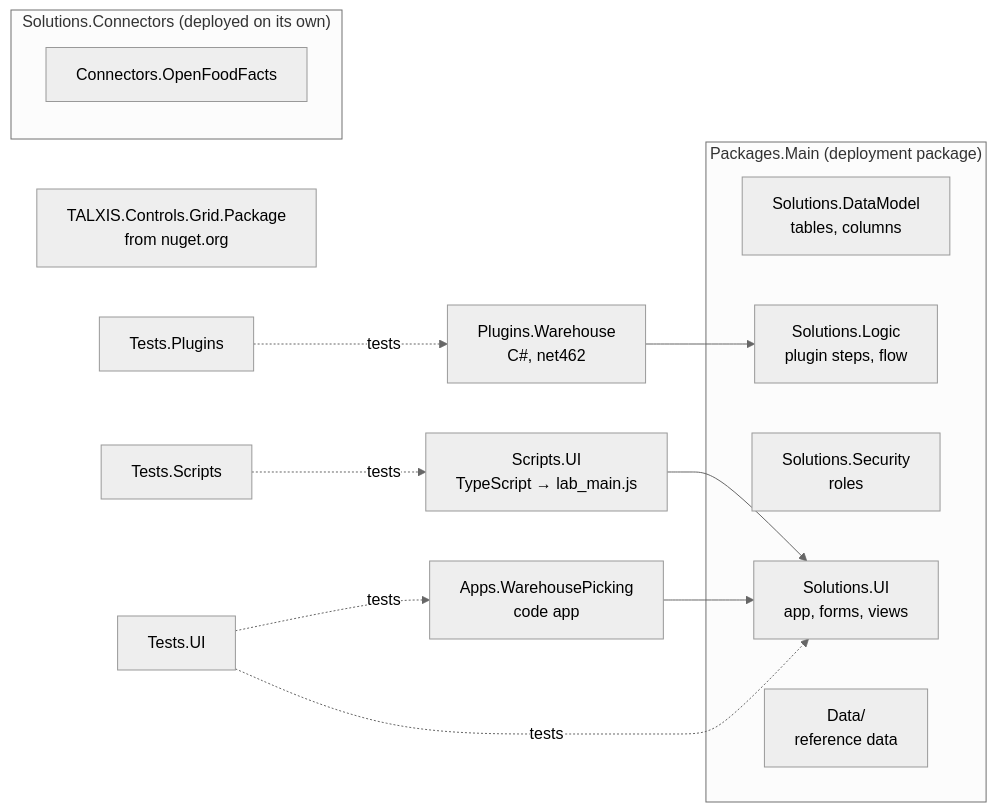
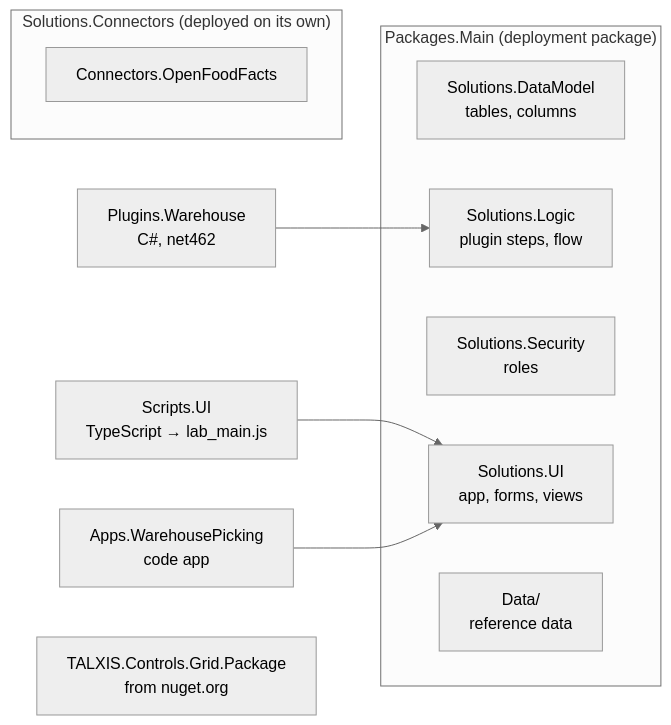
Before and after one commit to ANyingifa/lab: the fourth of 4 diagrams in docs/design/00-solution-architecture.md, drawn with Mermaid (neutral theme). The commit also changed other lines of this file and 6 other files, not shown here.

````diff
--- a/docs/design/00-solution-architecture.md
+++ b/docs/design/00-solution-architecture.md
@@ -131,21 +131,17 @@
 ```mermaid
 flowchart LR
   subgraph app["Packages.Main (deployment package)"]
     DM["Solutions.DataModel<br/>tables, columns"]
     LG["Solutions.Logic<br/>plugin steps, flow"]
     SE["Solutions.Security<br/>roles"]
     UI["Solutions.UI<br/>app, forms, views"]
     DATA["Data/<br/>reference data"]
   end
   PW["Plugins.Warehouse<br/>C#, net462"] --> LG
   SU["Scripts.UI<br/>TypeScript → lab_main.js"] --> UI
   CA["Apps.WarehousePicking<br/>code app"] --> UI
   subgraph conn["Solutions.Connectors (deployed on its own)"]
     OFF["Connectors.OpenFoodFacts"]
   end
   GRID["TALXIS.Controls.Grid.Package<br/>from nuget.org"]
-  TP["Tests.Plugins"] -. tests .-> PW
-  TS["Tests.Scripts"] -. tests .-> SU
-  TU["Tests.UI"] -. tests .-> CA
-  TU -. tests .-> UI
 ```
````
